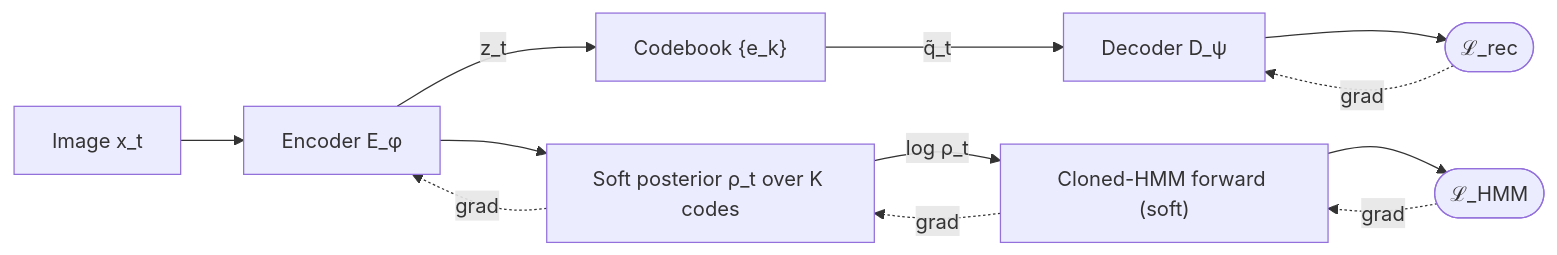
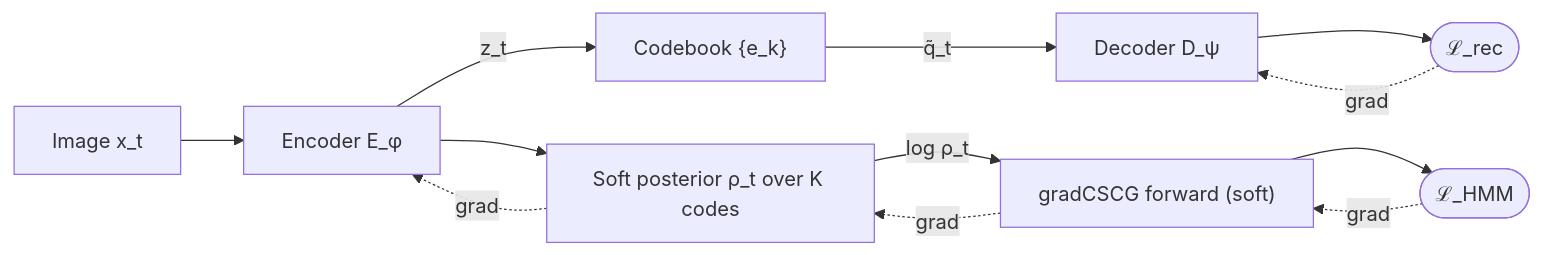
The diagram in README.md (tristanstoeber/gradCSCG), drawn with Mermaid before and after one commit.

````diff
--- a/README.md
+++ b/README.md
@@ -50,14 +50,14 @@
 ```mermaid
 flowchart LR
     img["Image x_t"] --> enc["Encoder E_φ"]
     enc -->|"z_t"| vq["Codebook {e_k}"]
     vq -->|"q̃_t"| dec["Decoder D_ψ"]
     dec --> rec(["ℒ_rec"])
     enc --> soft["Soft posterior ρ_t over K codes"]
-    soft -->|"log ρ_t"| hmm["Cloned-HMM forward (soft)"]
+    soft -->|"log ρ_t"| hmm["gradCSCG forward (soft)"]
     hmm --> nll(["ℒ_HMM"])
     rec -. grad .-> dec
     nll -. grad .-> hmm
     hmm -. grad .-> soft
     soft -. grad .-> enc
 ```
````
